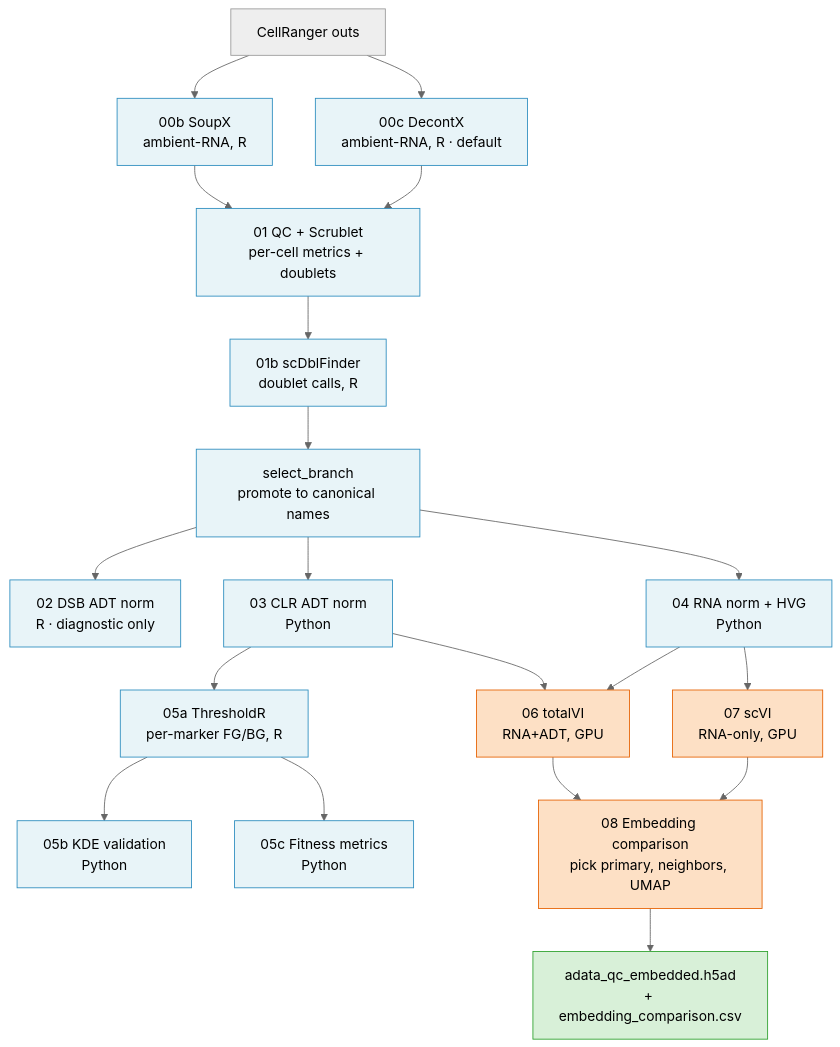
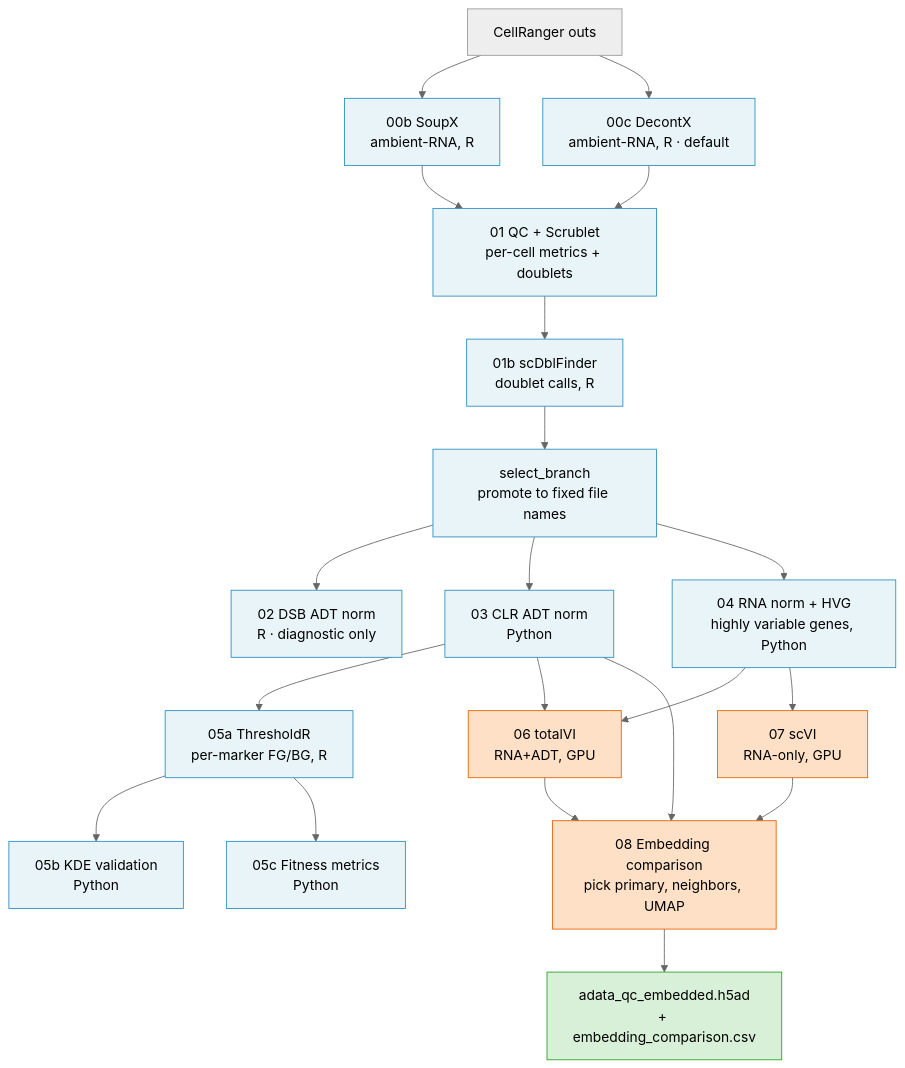
The diagram in README.md (yyw-informatics/CITEseq-nf), drawn with Mermaid (neutral theme) before and after one commit. The commit also changed other lines of this file, not shown here.

````diff
--- a/README.md
+++ b/README.md
@@ -25,28 +31,29 @@
 ```mermaid
 flowchart TD
     CR[CellRanger outs] --> SoupX[00b SoupX<br/>ambient-RNA, R]
     CR --> DecontX[00c DecontX<br/>ambient-RNA, R · default]
     SoupX --> QC
     DecontX --> QC[01 QC + Scrublet<br/>per-cell metrics + doublets]
     QC --> SCDB[01b scDblFinder<br/>doublet calls, R]
-    SCDB --> SEL[select_branch<br/>promote to canonical names]
+    SCDB --> SEL[select_branch<br/>promote to fixed file names]
     SEL --> DSB[02 DSB ADT norm<br/>R · diagnostic only]
     SEL --> CLR[03 CLR ADT norm<br/>Python]
-    SEL --> RNA[04 RNA norm + HVG<br/>Python]
+    SEL --> RNA[04 RNA norm + HVG<br/>highly variable genes, Python]
     CLR --> THR[05a ThresholdR<br/>per-marker FG/BG, R]
     THR --> KDE[05b KDE validation<br/>Python]
     THR --> FIT[05c Fitness metrics<br/>Python]
     CLR --> TVI[06 totalVI<br/>RNA+ADT, GPU]
     RNA --> TVI
     RNA --> SVI[07 scVI<br/>RNA-only, GPU]
     TVI --> EMB[08 Embedding comparison<br/>pick primary, neighbors, UMAP]
     SVI --> EMB
+    CLR --> EMB
     EMB --> OUT[adata_qc_embedded.h5ad<br/>+ embedding_comparison.csv]
 
     classDef phaseA fill:#e8f4f8,stroke:#2b8cbe
     classDef phaseB fill:#fde0c5,stroke:#e66101
     classDef out fill:#d8f0d8,stroke:#2ca02c
     class SoupX,DecontX,QC,SCDB,SEL,DSB,CLR,RNA,THR,KDE,FIT phaseA
     class TVI,SVI,EMB phaseB
     class OUT out
 ```
````
